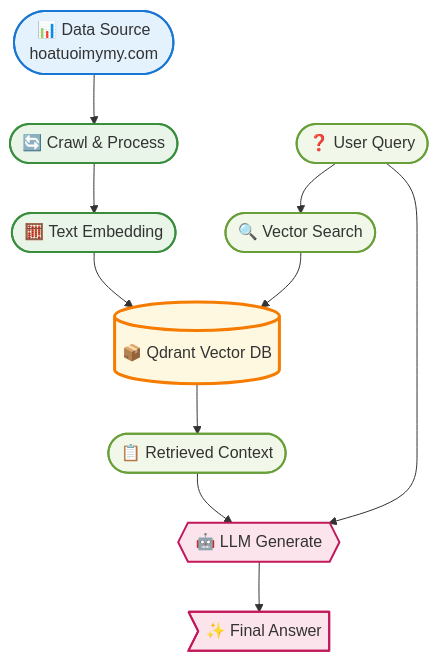
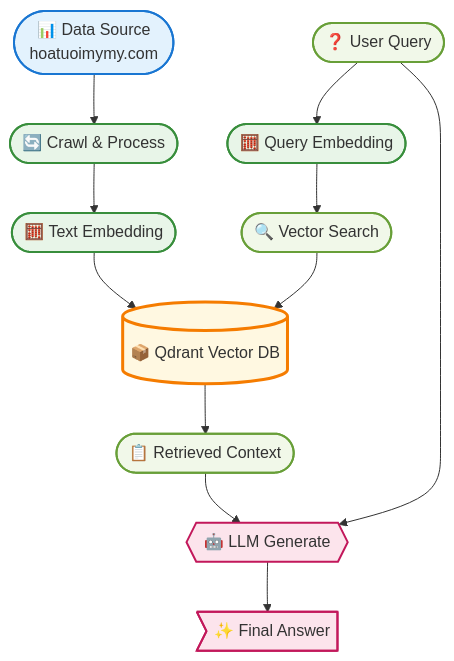
One commit to vuhuyng04/RAG_Project changed the diagram in README.md. Above: the diagram before and after it, drawn with Mermaid. The commit also changed other lines of this file, not shown here.

````diff
--- a/README.md
+++ b/README.md
@@ -2,28 +4,28 @@
 ```mermaid
 graph TD
     A([📊 Data Source<br/>hoatuoimymy.com]) --> B([🔄 Crawl & Process])
     B --> C([🧮 Text Embedding])
     C --> D[(📦 Qdrant Vector DB)]
     
-    E([❓ User Query]) --> F([🔍 Vector Search])
+    E([❓ User Query]) --> J([🧮 Query Embedding])
+    J --> F([🔍 Vector Search])
     F --> D
     D --> G([📋 Retrieved Context])
     
     E --> H{{🤖 LLM Generate}}
     G --> H
     H --> I>✨ Final Answer]
 
     %% Styling
     classDef source fill:#e3f2fd,stroke:#1976d2,stroke-width:2px
     classDef process fill:#e8f5e8,stroke:#388e3c,stroke-width:2px
     classDef storage fill:#fff8e1,stroke:#f57c00,stroke-width:3px
     classDef query fill:#f1f8e9,stroke:#689f38,stroke-width:2px
     classDef llm fill:#fce4ec,stroke:#c2185b,stroke-width:2px
 
     class A source
-    class B,C process
+    class B,C,J process
     class D storage
     class E,F,G query
     class H,I llm
-
 ```
````
